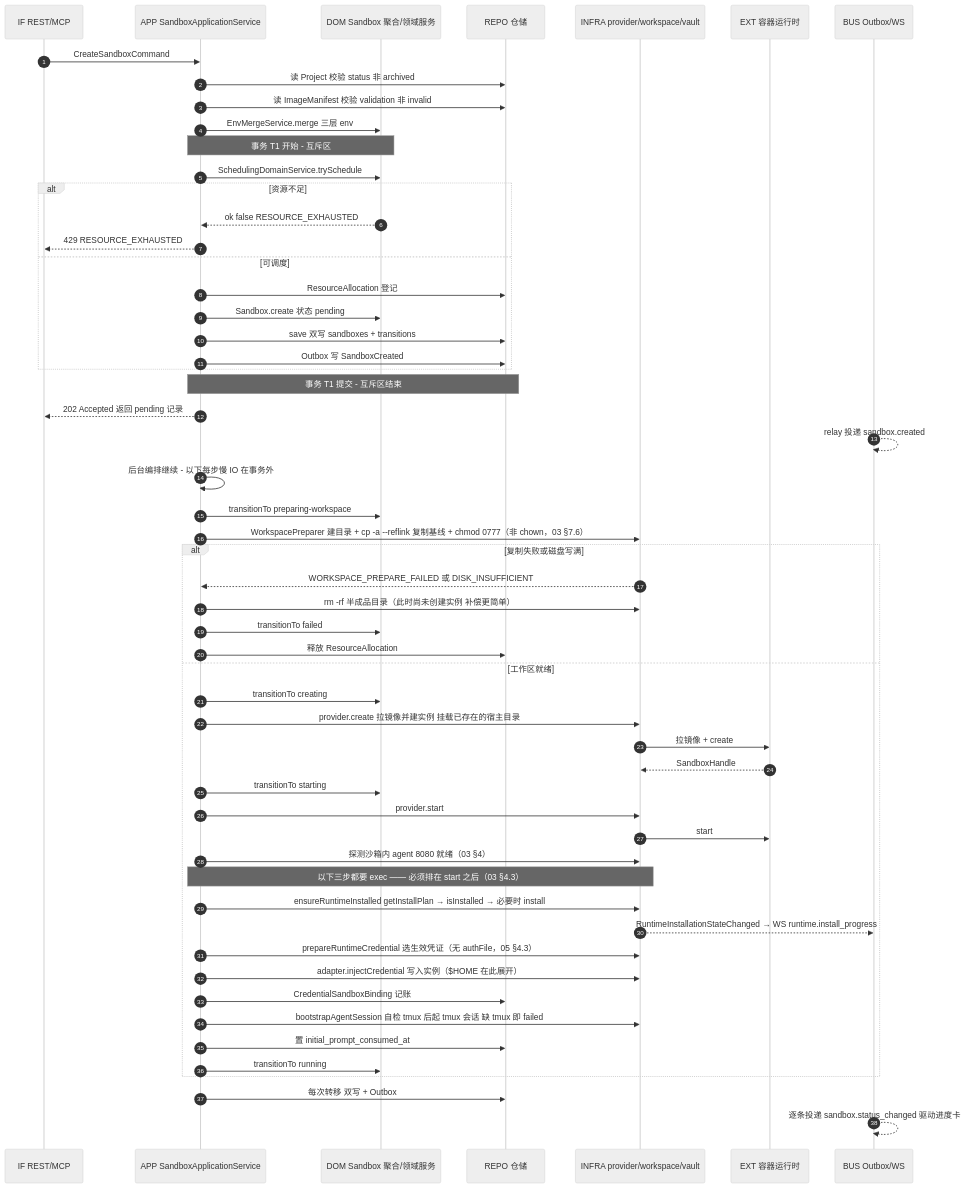
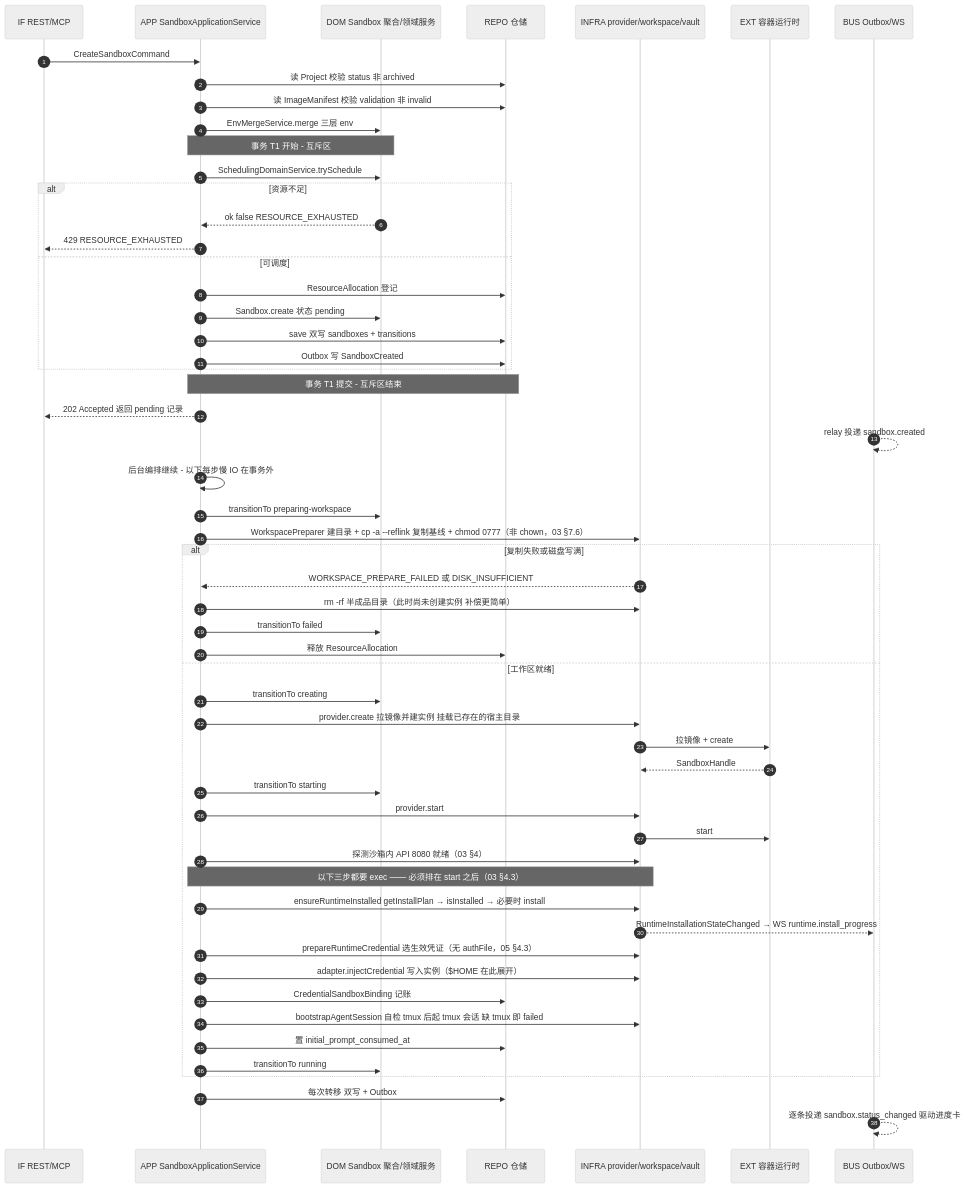
Before and after one commit to Xeonice/cloud-agent-platform-docs: the first of 8 diagrams in docs/backend/24-产品子链路后端设计.md, drawn with Mermaid (neutral theme). The commit also changed other lines of this file and 17 other files, not shown here.

````diff
--- a/docs/backend/24-产品子链路后端设计.md
+++ b/docs/backend/24-产品子链路后端设计.md
@@ -46,60 +46,60 @@
 ```mermaid
 sequenceDiagram
     autonumber
     participant IF as IF REST/MCP
     participant APP as APP SandboxApplicationService
     participant DOM as DOM Sandbox 聚合/领域服务
     participant REPO as REPO 仓储
     participant INFRA as INFRA provider/workspace/vault
     participant EXT as EXT 容器运行时
     participant BUS as BUS Outbox/WS
 
     IF->>APP: CreateSandboxCommand
     APP->>REPO: 读 Project 校验 status 非 archived
     APP->>REPO: 读 ImageManifest 校验 validation 非 invalid
     APP->>DOM: EnvMergeService.merge 三层 env
     Note over APP,DOM: 事务 T1 开始 - 互斥区
     APP->>DOM: SchedulingDomainService.trySchedule
     alt 资源不足
         DOM-->>APP: ok false RESOURCE_EXHAUSTED
         APP-->>IF: 429 RESOURCE_EXHAUSTED
     else 可调度
         APP->>REPO: ResourceAllocation 登记
         APP->>DOM: Sandbox.create 状态 pending
         APP->>REPO: save 双写 sandboxes + transitions
         APP->>REPO: Outbox 写 SandboxCreated
     end
     Note over APP,REPO: 事务 T1 提交 - 互斥区结束
     APP-->>IF: 202 Accepted 返回 pending 记录
     BUS-->>BUS: relay 投递 sandbox.created
 
     APP->>APP: 后台编排继续 - 以下每步慢 IO 在事务外
     APP->>DOM: transitionTo preparing-workspace
     APP->>INFRA: WorkspacePreparer 建目录 + cp -a --reflink 复制基线 + chmod 0777（非 chown，03 §7.6）
     alt 复制失败或磁盘写满
         INFRA-->>APP: WORKSPACE_PREPARE_FAILED 或 DISK_INSUFFICIENT
         APP->>INFRA: rm -rf 半成品目录（此时尚未创建实例 补偿更简单）
         APP->>DOM: transitionTo failed
         APP->>REPO: 释放 ResourceAllocation
     else 工作区就绪
         APP->>DOM: transitionTo creating
         APP->>INFRA: provider.create 拉镜像并建实例 挂载已存在的宿主目录
         INFRA->>EXT: 拉镜像 + create
         EXT-->>INFRA: SandboxHandle
         APP->>DOM: transitionTo starting
         APP->>INFRA: provider.start
         INFRA->>EXT: start
-        APP->>INFRA: 探测沙箱内 agent 8080 就绪（03 §4）
+        APP->>INFRA: 探测沙箱内 API 8080 就绪（03 §4）
         Note over APP,INFRA: 以下三步都要 exec —— 必须排在 start 之后（03 §4.3）
         APP->>INFRA: ensureRuntimeInstalled getInstallPlan → isInstalled → 必要时 install
         INFRA-->>BUS: RuntimeInstallationStateChanged → WS runtime.install_progress
         APP->>INFRA: prepareRuntimeCredential 选生效凭证（无 authFile，05 §4.3）
         APP->>INFRA: adapter.injectCredential 写入实例（$HOME 在此展开）
         APP->>REPO: CredentialSandboxBinding 记账
         APP->>INFRA: bootstrapAgentSession 自检 tmux 后起 tmux 会话 缺 tmux 即 failed
         APP->>REPO: 置 initial_prompt_consumed_at
         APP->>DOM: transitionTo running
     end
     APP->>REPO: 每次转移 双写 + Outbox
     BUS-->>BUS: 逐条投递 sandbox.status_changed 驱动进度卡
 ```
````
